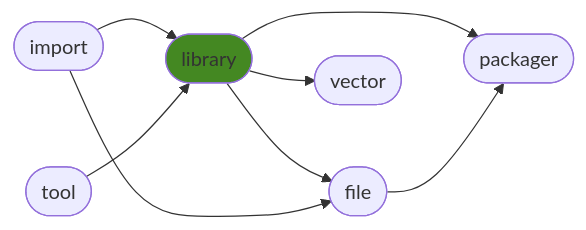
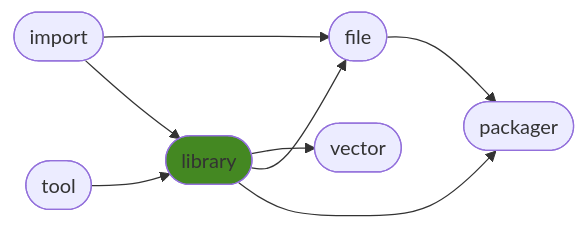
Before and after one commit to ManderaGeneral/generallibrary: the diagram in README.md, drawn with Mermaid. The commit also changed other lines of this file, not shown here.

````diff
--- a/README.md
+++ b/README.md
@@ -24,17 +24,17 @@
 ```mermaid
 flowchart LR
+2([library]) --> 4([vector])
+0([import]) --> 3([file])
+0([import]) --> 2([library])
 2([library]) --> 3([file])
+1([tool]) --> 2([library])
 2([library]) --> 5([packager])
-0([import]) --> 2([library])
-1([tool]) --> 2([library])
-0([import]) --> 3([file])
 3([file]) --> 5([packager])
-2([library]) --> 4([vector])
 click 0 "https://github.com/ManderaGeneral/generalimport"
 click 1 "https://github.com/ManderaGeneral/generaltool"
 click 2 "https://github.com/ManderaGeneral/generallibrary"
 click 3 "https://github.com/ManderaGeneral/generalfile"
 click 4 "https://github.com/ManderaGeneral/generalvector"
 click 5 "https://github.com/ManderaGeneral/generalpackager"
 style 2 fill:#482
 ```
````
